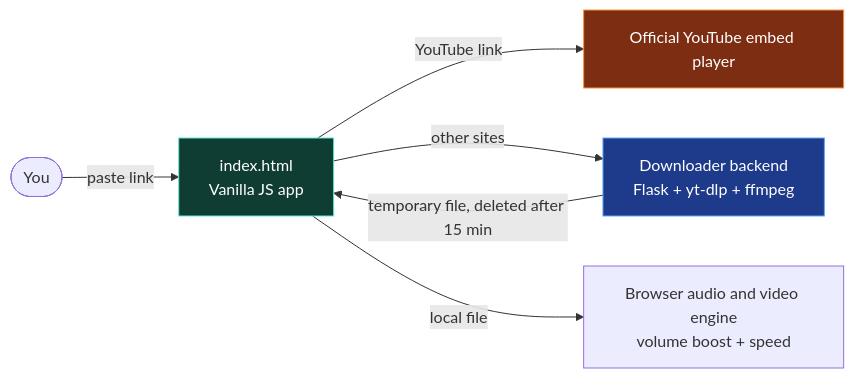
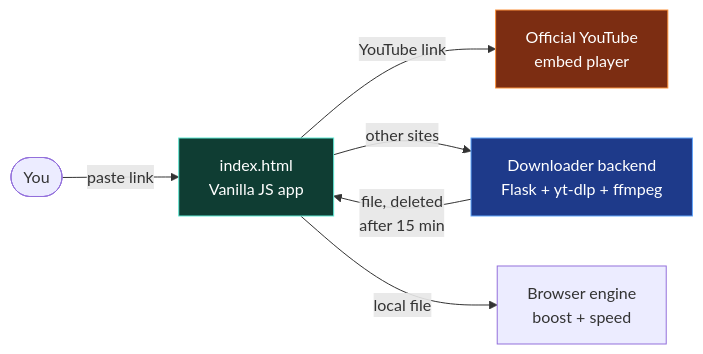
The first of 3 diagrams in README.md (bhedanikhilkumar-code/video-player), drawn with Mermaid before and after one commit.

Commit message:
Fix clipped How-it-works diagram (narrower labels)

````diff
--- a/README.md
+++ b/README.md
@@ -62,14 +62,14 @@
 ```mermaid
 flowchart LR
     U([You]) -->|paste link| A[index.html<br/>Vanilla JS app]
-    A -->|YouTube link| Y[Official YouTube embed player]
+    A -->|YouTube link| Y[Official YouTube<br/>embed player]
     A -->|other sites| B[Downloader backend<br/>Flask + yt-dlp + ffmpeg]
-    A -->|local file| L[Browser audio and video engine<br/>volume boost + speed]
-    B -->|temporary file, deleted after 15 min| A
+    A -->|local file| L[Browser engine<br/>boost + speed]
+    B -->|file, deleted<br/>after 15 min| A
     classDef app fill:#0f3d33,stroke:#5eead4,color:#fff
     classDef ext fill:#7c2d12,stroke:#fb923c,color:#fff
     classDef be fill:#1e3a8a,stroke:#60a5fa,color:#fff
     class A app
     class Y ext
     class B be
 ```
````
